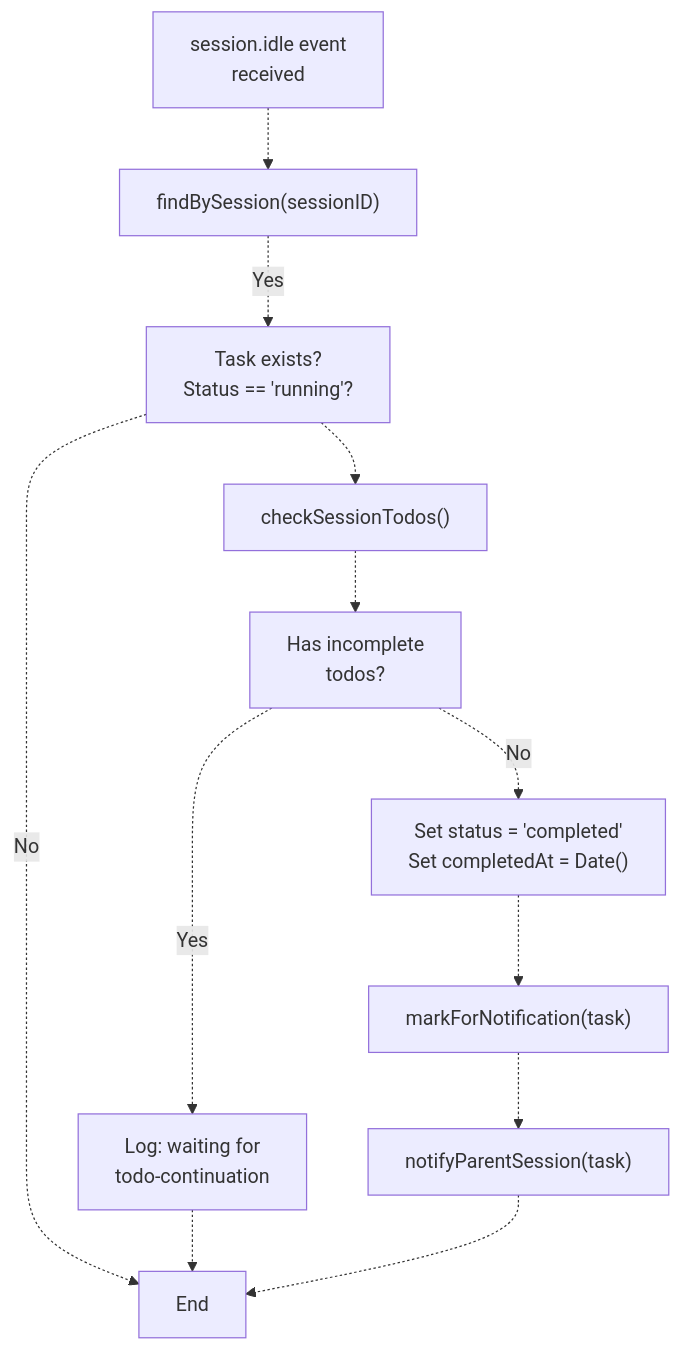
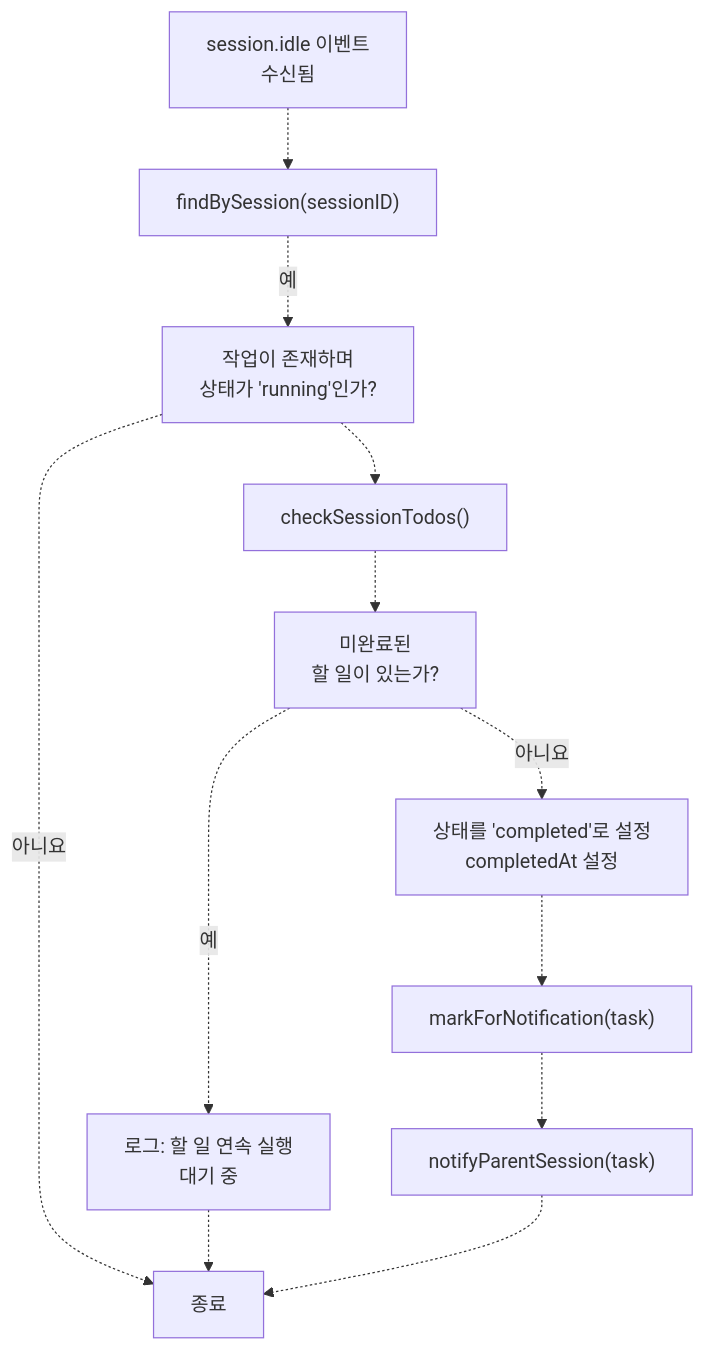
One commit to felipetruman/oh-my-opencode-docs changed the fourth of 14 diagrams in docs/background-execution/task-execution-and-polling.md. Above: the diagram before and after it, drawn with Mermaid. The commit also changed other lines of this file and 76 other files, not shown here.

````diff
--- a/docs/background-execution/task-execution-and-polling.md
+++ b/docs/background-execution/task-execution-and-polling.md
@@ -141,26 +141,26 @@
 ```mermaid
 flowchart TD
 
-Idle["session.idle event<br>received"]
+Idle["session.idle 이벤트<br>수신됨"]
 Find["findBySession(sessionID)"]
-Check["Task exists?<br>Status == 'running'?"]
+Check["작업이 존재하며<br>상태가 'running'인가?"]
 Todos["checkSessionTodos()"]
-HasTodos["Has incomplete<br>todos?"]
-Wait["Log: waiting for<br>todo-continuation"]
-Complete["Set status = 'completed'<br>Set completedAt = Date()"]
+HasTodos["미완료된<br>할 일이 있는가?"]
+Wait["로그: 할 일 연속 실행<br>대기 중"]
+Complete["상태를 'completed'로 설정<br>completedAt 설정"]
 Mark["markForNotification(task)"]
 Notify["notifyParentSession(task)"]
-End["End"]
+End["종료"]
 
 Idle -.-> Find
-Find -.->|"Yes"| Check
-Check -.->|"No"| End
+Find -.->|"예"| Check
+Check -.->|"아니요"| End
 Check -.-> Todos
 Todos -.-> HasTodos
-HasTodos -.->|"Yes"| Wait
-HasTodos -.->|"No"| Complete
+HasTodos -.->|"예"| Wait
+HasTodos -.->|"아니요"| Complete
 Complete -.-> Mark
 Mark -.-> Notify
 Wait -.-> End
 Notify -.-> End
 ```
````
